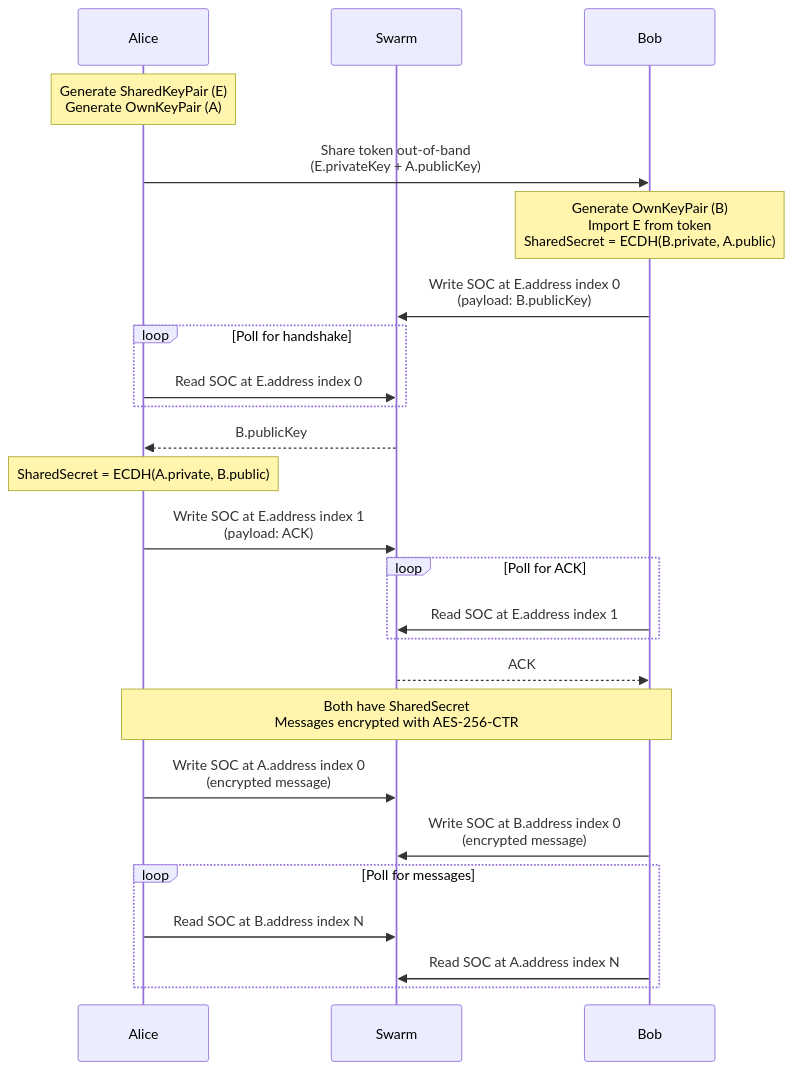
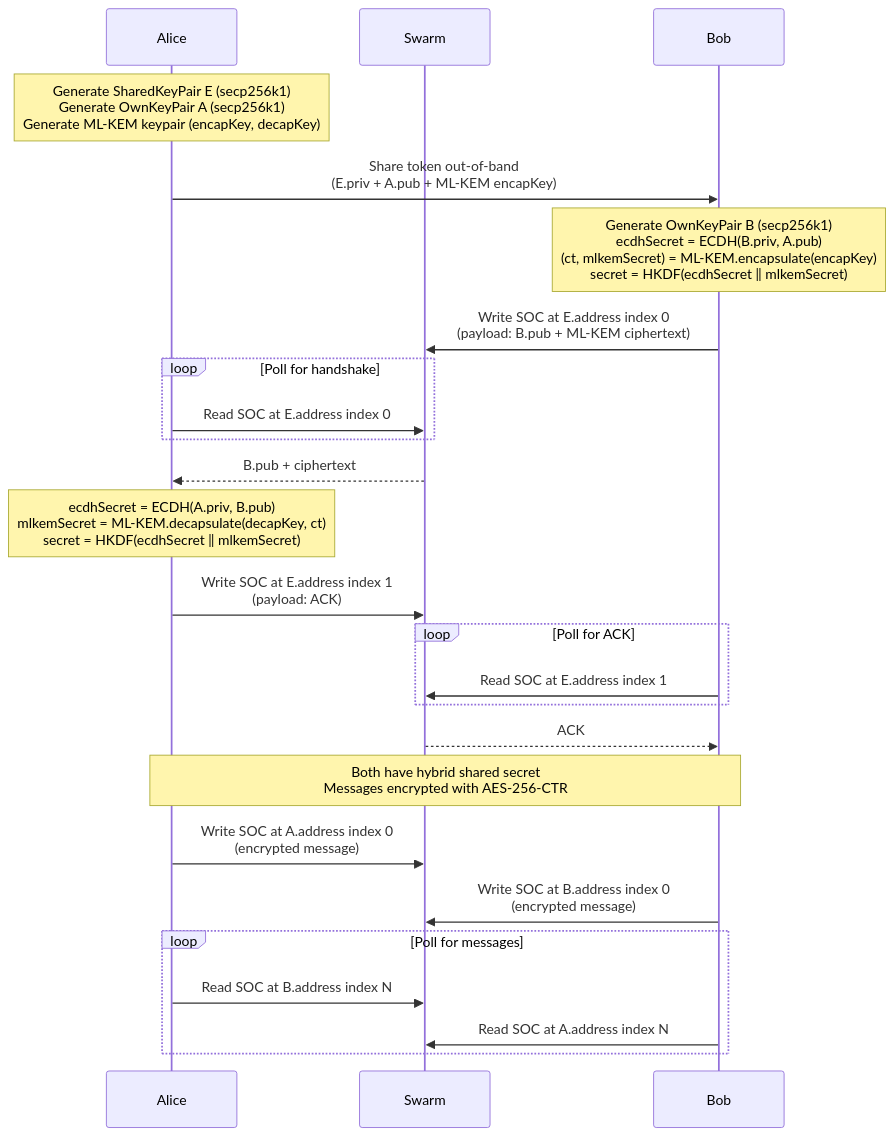
The diagram in README.md (significance/swapchat-engine), drawn with Mermaid before and after one commit. The commit also changed other lines of this file and 2 other files, not shown here.

Commit message:
add changelog, update readme with hybrid protocol diagram, bump to 0.3.0

````diff
--- a/README.md
+++ b/README.md
@@ -11,40 +21,40 @@
 ```mermaid
 sequenceDiagram
     participant Alice
     participant Swarm
     participant Bob
 
-    Note over Alice: Generate SharedKeyPair (E)<br/>Generate OwnKeyPair (A)
+    Note over Alice: Generate SharedKeyPair E (secp256k1)<br/>Generate OwnKeyPair A (secp256k1)<br/>Generate ML-KEM keypair (encapKey, decapKey)
 
-    Alice->>Bob: Share token out-of-band<br/>(E.privateKey + A.publicKey)
+    Alice->>Bob: Share token out-of-band<br/>(E.priv + A.pub + ML-KEM encapKey)
 
-    Note over Bob: Generate OwnKeyPair (B)<br/>Import E from token<br/>SharedSecret = ECDH(B.private, A.public)
+    Note over Bob: Generate OwnKeyPair B (secp256k1)<br/>ecdhSecret = ECDH(B.priv, A.pub)<br/>(ct, mlkemSecret) = ML-KEM.encapsulate(encapKey)<br/>secret = HKDF(ecdhSecret ‖ mlkemSecret)
 
-    Bob->>Swarm: Write SOC at E.address index 0<br/>(payload: B.publicKey)
+    Bob->>Swarm: Write SOC at E.address index 0<br/>(payload: B.pub + ML-KEM ciphertext)
 
     loop Poll for handshake
         Alice->>Swarm: Read SOC at E.address index 0
     end
 
-    Swarm-->>Alice: B.publicKey
+    Swarm-->>Alice: B.pub + ciphertext
 
-    Note over Alice: SharedSecret = ECDH(A.private, B.public)
+    Note over Alice: ecdhSecret = ECDH(A.priv, B.pub)<br/>mlkemSecret = ML-KEM.decapsulate(decapKey, ct)<br/>secret = HKDF(ecdhSecret ‖ mlkemSecret)
 
     Alice->>Swarm: Write SOC at E.address index 1<br/>(payload: ACK)
 
     loop Poll for ACK
         Bob->>Swarm: Read SOC at E.address index 1
     end
 
     Swarm-->>Bob: ACK
 
-    Note over Alice,Bob: Both have SharedSecret<br/>Messages encrypted with AES-256-CTR
+    Note over Alice,Bob: Both have hybrid shared secret<br/>Messages encrypted with AES-256-CTR
 
     Alice->>Swarm: Write SOC at A.address index 0<br/>(encrypted message)
     Bob->>Swarm: Write SOC at B.address index 0<br/>(encrypted message)
 
     loop Poll for messages
         Alice->>Swarm: Read SOC at B.address index N
         Bob->>Swarm: Read SOC at A.address index N
     end
 ```
````
